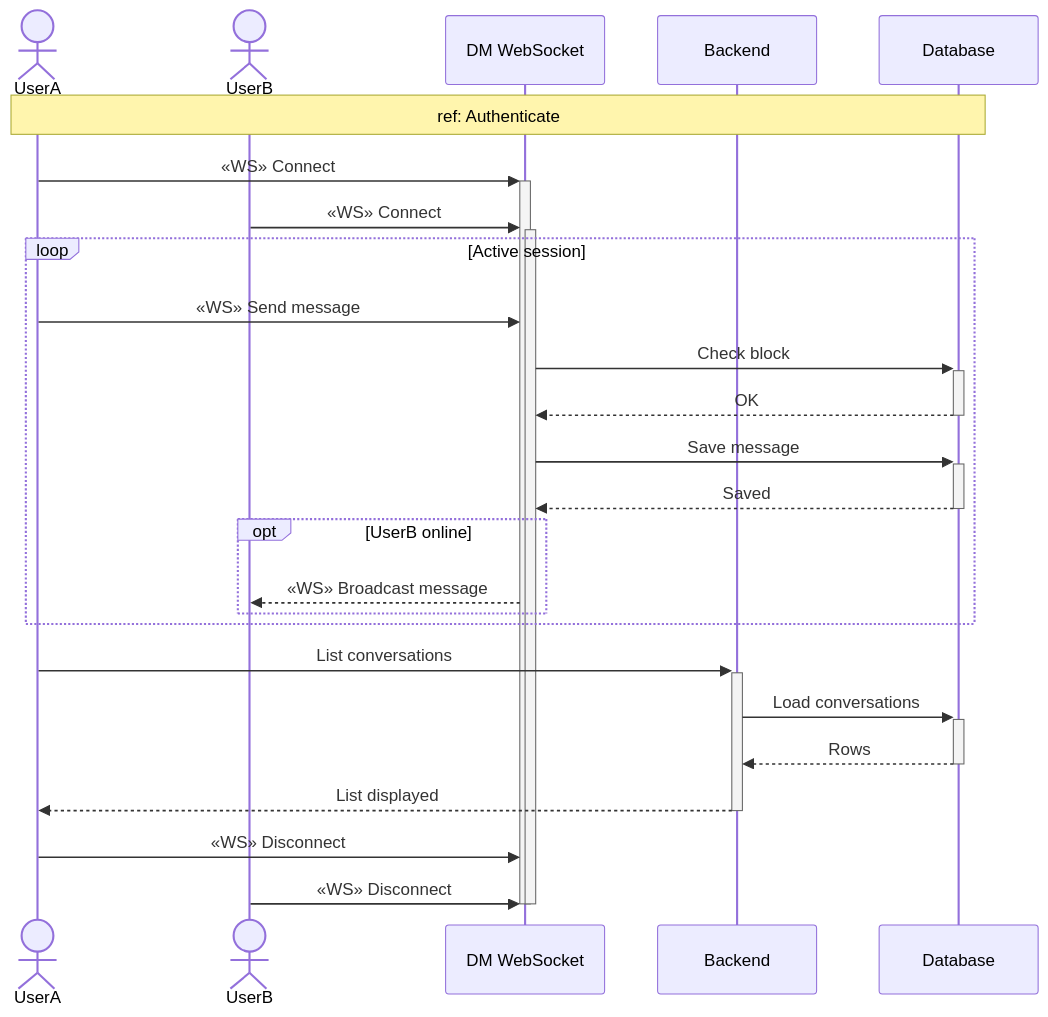
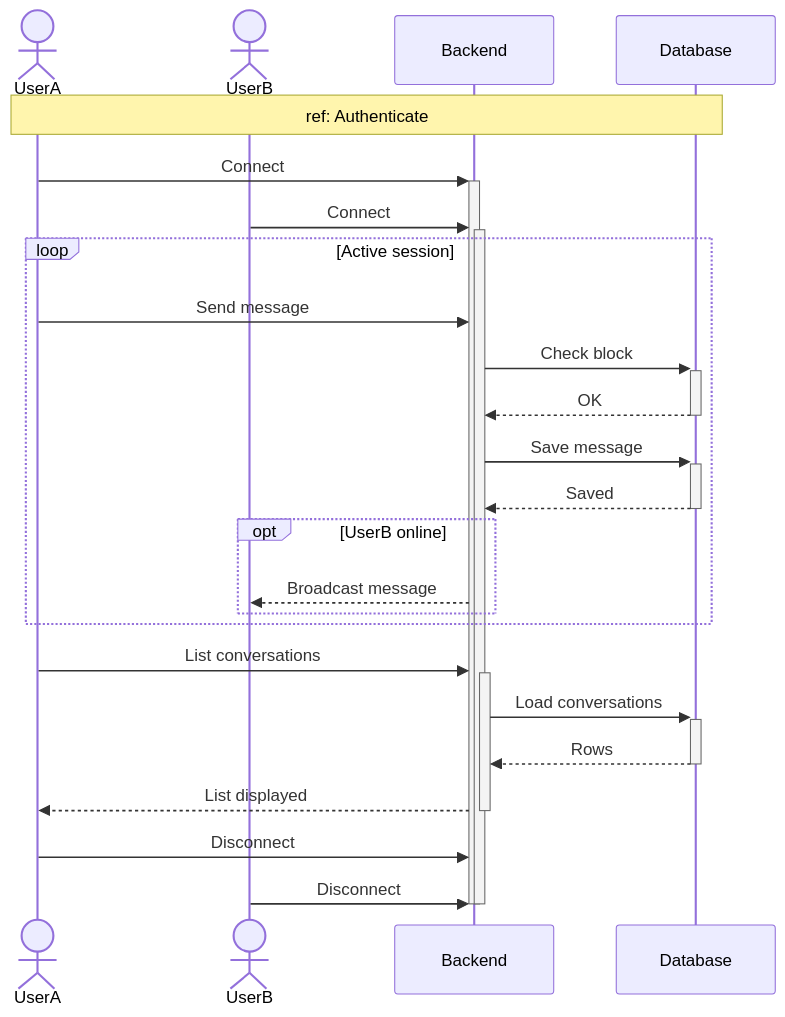
One commit to MohamedChebbi123/teamnest changed diagram 15 of 16 in docs/SEQUENCE_DIAGRAMS.md. Above: the diagram before and after it, drawn with Mermaid. The commit also changed other lines of this file, not shown here.

````diff
--- a/docs/SEQUENCE_DIAGRAMS.md
+++ b/docs/SEQUENCE_DIAGRAMS.md
@@ -509,34 +508,33 @@
 ```mermaid
 sequenceDiagram
     actor UserA
     actor UserB
-    participant WS as DM WebSocket
     participant API as Backend
     participant DB as Database
 
     Note over UserA,DB: ref: Authenticate
 
-    UserA->>+WS: «WS» Connect
-    UserB->>+WS: «WS» Connect
+    UserA->>+API: Connect
+    UserB->>+API: Connect
 
     loop Active session
-        UserA->>WS: «WS» Send message
-        WS->>+DB: Check block
-        DB-->>-WS: OK
-        WS->>+DB: Save message
-        DB-->>-WS: Saved
+        UserA->>API: Send message
+        API->>+DB: Check block
+        DB-->>-API: OK
+        API->>+DB: Save message
+        DB-->>-API: Saved
         opt UserB online
-            WS-->>UserB: «WS» Broadcast message
+            API-->>UserB: Broadcast message
         end
     end
 
     UserA->>+API: List conversations
     API->>+DB: Load conversations
     DB-->>-API: Rows
     API-->>-UserA: List displayed
 
-    UserA->>WS: «WS» Disconnect
-    UserB->>WS: «WS» Disconnect
-    deactivate WS
-    deactivate WS
+    UserA->>API: Disconnect
+    UserB->>API: Disconnect
+    deactivate API
+    deactivate API
 ```
````
